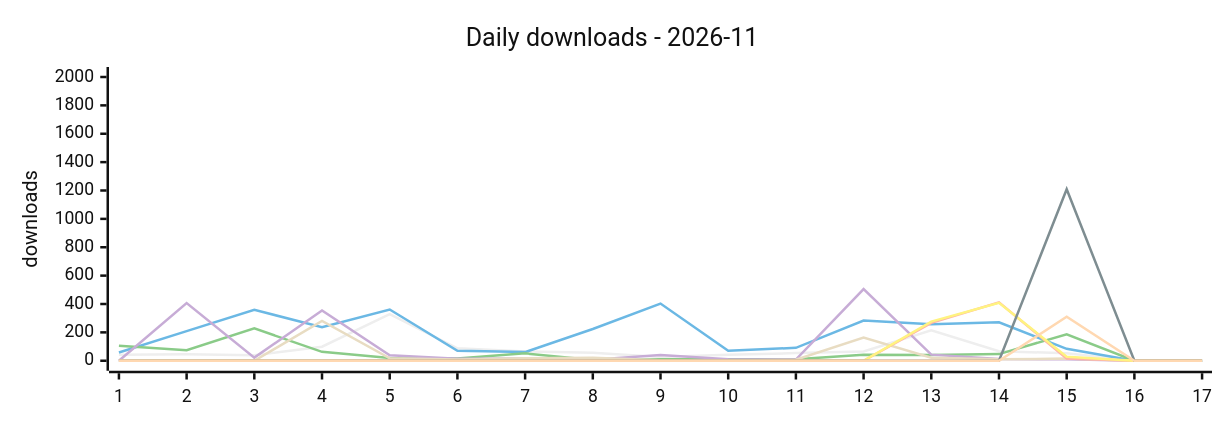
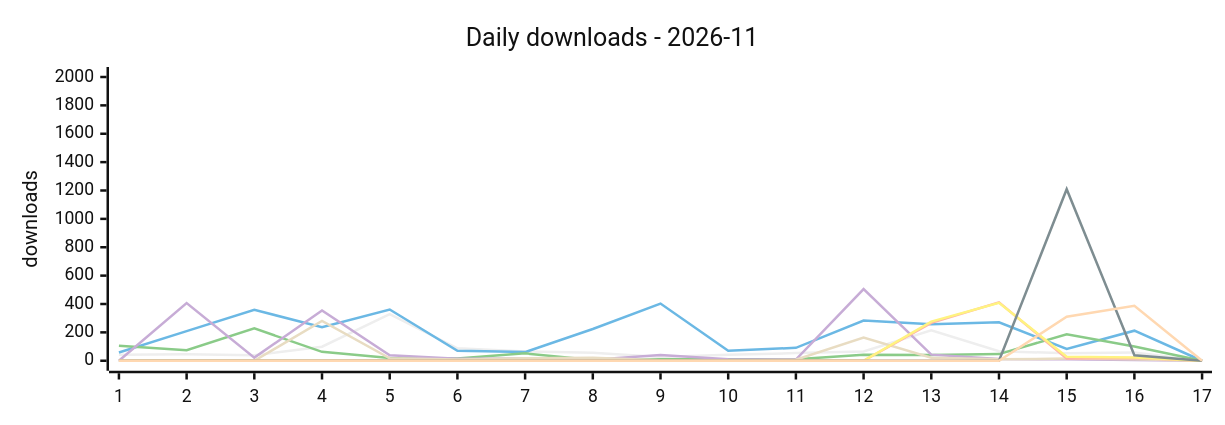
Before and after one commit to terry2010/npm-downloads-tracker: the first of 2 diagrams in DASHBOARD.md, drawn with Mermaid (neutral theme). The commit also changed other lines of this file and 1 other file, not shown here.

````diff
--- a/DASHBOARD.md
+++ b/DASHBOARD.md
@@ -36,16 +36,16 @@
 ```mermaid
 %%{init: {'xyChart': {'width': 960, 'height': 320}}}%%
 xychart-beta
     title "Daily downloads - 2026-11"
     x-axis ["1", "2", "3", "4", "5", "6", "7", "8", "9", "10", "11", "12", "13", "14", "15", "16", "17"]
     y-axis "downloads" 0 --> 2000
-    line "dsh-loop-recover" [43, 46, 39, 99, 329, 88, 66, 56, 27, 42, 54, 66, 214, 67, 53, 0, 0]
-    line "dsh-rss-news-daily" [58, 209, 359, 237, 361, 70, 61, 224, 403, 70, 91, 283, 258, 271, 84, 0, 0]
-    line "opencode-loop-recover" [105, 74, 228, 63, 19, 16, 52, 6, 10, 11, 10, 43, 41, 47, 187, 0, 0]
-    line "oc-market-quail-zephyr-72a0" [0, 407, 22, 354, 39, 14, 15, 7, 40, 10, 8, 505, 43, 12, 11, 0, 0]
-    line "awesome-opencode-market" [0, 0, 0, 280, 17, 9, 17, 22, 4, 1, 7, 164, 21, 10, 15, 0, 0]
-    line "surfbird" [0, 0, 0, 0, 0, 0, 0, 0, 0, 0, 0, 0, 267, 412, 16, 0, 0]
-    line "surfbird-mcp" [0, 0, 0, 0, 0, 0, 0, 0, 0, 0, 0, 0, 276, 408, 28, 0, 0]
-    line "dsh-control-surfbird-for-kitesurf" [0, 0, 0, 0, 0, 0, 0, 0, 0, 0, 0, 0, 0, 0, 1209, 0, 0]
-    line "opencode-control-surfbird-for-kitesurf" [0, 0, 0, 0, 0, 0, 0, 0, 0, 0, 0, 0, 0, 0, 310, 0, 0]
+    line "dsh-loop-recover" [43, 46, 39, 99, 329, 88, 66, 56, 27, 42, 54, 66, 214, 67, 53, 59, 0]
+    line "dsh-rss-news-daily" [58, 209, 359, 237, 361, 70, 61, 224, 403, 70, 91, 283, 258, 271, 84, 212, 0]
+    line "opencode-loop-recover" [105, 74, 228, 63, 19, 16, 52, 6, 10, 11, 10, 43, 41, 47, 187, 100, 0]
+    line "oc-market-quail-zephyr-72a0" [0, 407, 22, 354, 39, 14, 15, 7, 40, 10, 8, 505, 43, 12, 11, 6, 0]
+    line "awesome-opencode-market" [0, 0, 0, 280, 17, 9, 17, 22, 4, 1, 7, 164, 21, 10, 15, 10, 0]
+    line "surfbird" [0, 0, 0, 0, 0, 0, 0, 0, 0, 0, 0, 0, 267, 412, 16, 19, 0]
+    line "surfbird-mcp" [0, 0, 0, 0, 0, 0, 0, 0, 0, 0, 0, 0, 276, 408, 28, 23, 0]
+    line "dsh-control-surfbird-for-kitesurf" [0, 0, 0, 0, 0, 0, 0, 0, 0, 0, 0, 0, 0, 0, 1209, 39, 0]
+    line "opencode-control-surfbird-for-kitesurf" [0, 0, 0, 0, 0, 0, 0, 0, 0, 0, 0, 0, 0, 0, 310, 387, 0]
 ```
````
